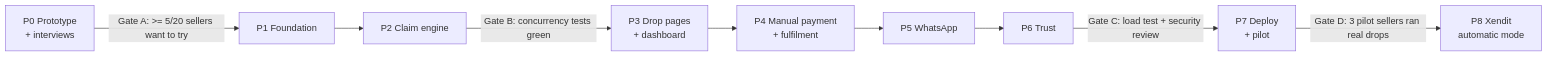
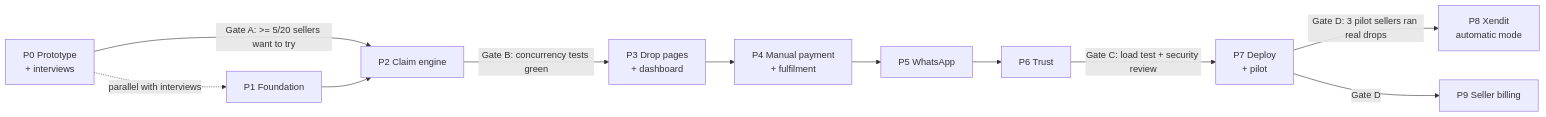
Before and after one commit to Nuryanfa/DropKilat: the diagram in docs/implementation-plan.md, drawn with Mermaid. The commit also changed other lines of this file and 24 other files, not shown here.

````diff
--- a/docs/implementation-plan.md
+++ b/docs/implementation-plan.md
@@ -10,11 +10,13 @@
 ```mermaid
 flowchart LR
-  P0[P0 Prototype\n+ interviews] -->|Gate A: >= 5/20 sellers want to try| P1[P1 Foundation]
-  P1 --> P2[P2 Claim engine]
+  P0[P0 Prototype\n+ interviews] -->|Gate A: >= 5/20 sellers want to try| P2[P2 Claim engine]
+  P0 -.->|parallel with interviews| P1[P1 Foundation]
+  P1 --> P2
   P2 -->|Gate B: concurrency tests green| P3[P3 Drop pages\n+ dashboard]
   P3 --> P4[P4 Manual payment\n+ fulfilment]
   P4 --> P5[P5 WhatsApp]
   P5 --> P6[P6 Trust]
   P6 -->|Gate C: load test + security review| P7[P7 Deploy\n+ pilot]
   P7 -->|Gate D: 3 pilot sellers ran real drops| P8[P8 Xendit\nautomatic mode]
+  P7 -->|Gate D| P9[P9 Seller billing]
 ```
````
